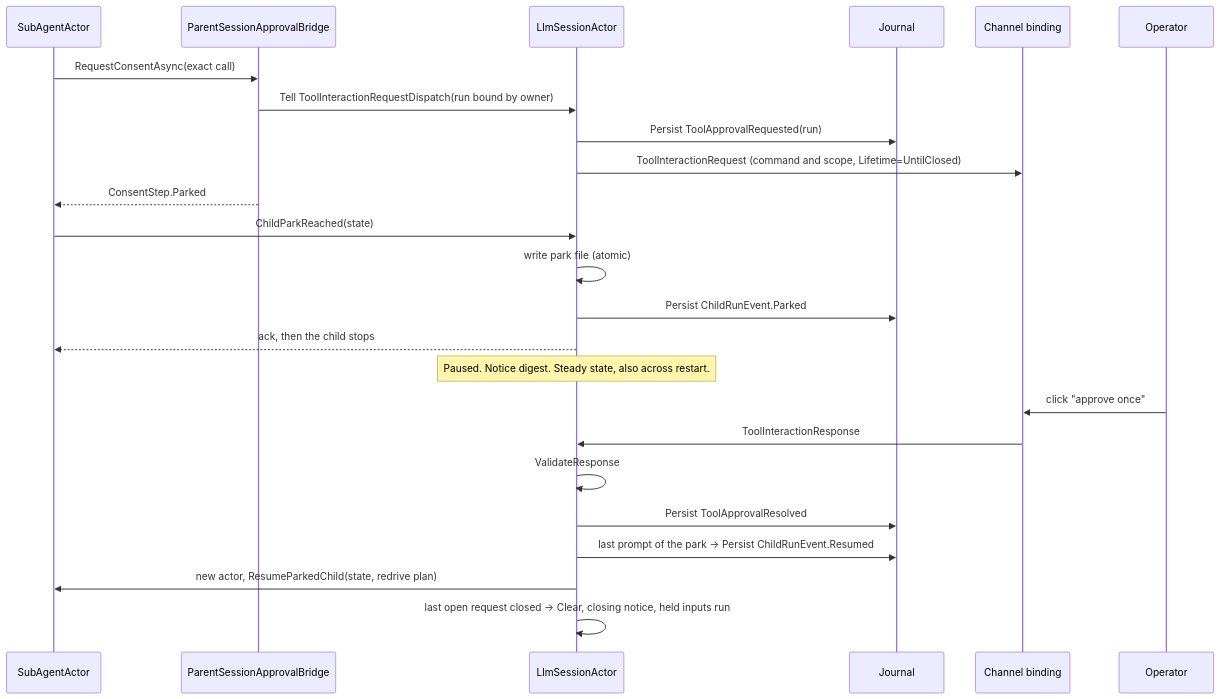
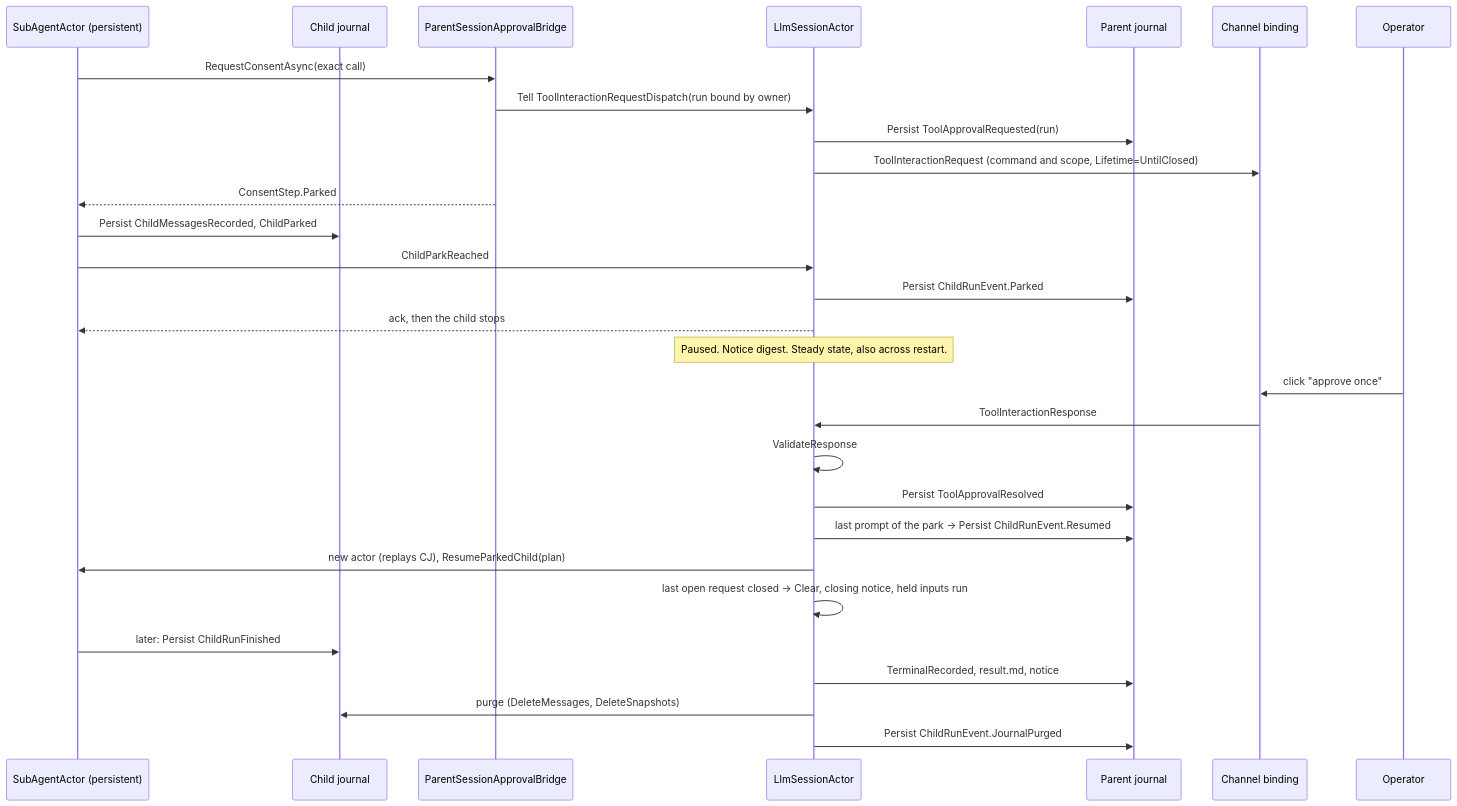
One commit to netclaw-dev/netclaw changed the third of 3 diagrams in openspec/changes/child-approval-events-and-parent-pause/design.md. Above: the diagram before and after it, drawn with Mermaid. The commit also changed other lines of this file and 1 other file, not shown here.

First line of the commit message:
Redesign the durable child wait with a child journal

````diff
--- a/openspec/changes/child-approval-events-and-parent-pause/design.md
+++ b/openspec/changes/child-approval-events-and-parent-pause/design.md
@@ -492,26 +538,31 @@
 ```mermaid
 sequenceDiagram
-    participant Child as SubAgentActor
+    participant Child as SubAgentActor (persistent)
+    participant CJ as Child journal
     participant Bridge as ParentSessionApprovalBridge
     participant Parent as LlmSessionActor
-    participant J as Journal
+    participant PJ as Parent journal
     participant Ch as Channel binding
     participant Op as Operator
     Child->>Bridge: RequestConsentAsync(exact call)
     Bridge->>Parent: Tell ToolInteractionRequestDispatch(run bound by owner)
-    Parent->>J: Persist ToolApprovalRequested(run)
+    Parent->>PJ: Persist ToolApprovalRequested(run)
     Parent->>Ch: ToolInteractionRequest (command and scope, Lifetime=UntilClosed)
     Bridge-->>Child: ConsentStep.Parked
-    Child->>Parent: ChildParkReached(state)
-    Parent->>Parent: write park file (atomic)
-    Parent->>J: Persist ChildRunEvent.Parked
+    Child->>CJ: Persist ChildMessagesRecorded, ChildParked
+    Child->>Parent: ChildParkReached
+    Parent->>PJ: Persist ChildRunEvent.Parked
     Parent-->>Child: ack, then the child stops
     Note over Parent: Paused. Notice digest. Steady state, also across restart.
     Op->>Ch: click "approve once"
     Ch->>Parent: ToolInteractionResponse
     Parent->>Parent: ValidateResponse
-    Parent->>J: Persist ToolApprovalResolved
-    Parent->>J: last prompt of the park -> Persist ChildRunEvent.Resumed
-    Parent->>Child: new actor, ResumeParkedChild(state, redrive plan)
+    Parent->>PJ: Persist ToolApprovalResolved
+    Parent->>PJ: last prompt of the park -> Persist ChildRunEvent.Resumed
+    Parent->>Child: new actor (replays CJ), ResumeParkedChild(plan)
     Parent->>Parent: last open request closed -> Clear, closing notice, held inputs run
+    Child->>CJ: later: Persist ChildRunFinished
+    Parent->>PJ: TerminalRecorded, result.md, notice
+    Parent->>CJ: purge (DeleteMessages, DeleteSnapshots)
+    Parent->>PJ: Persist ChildRunEvent.JournalPurged
 ```
````
